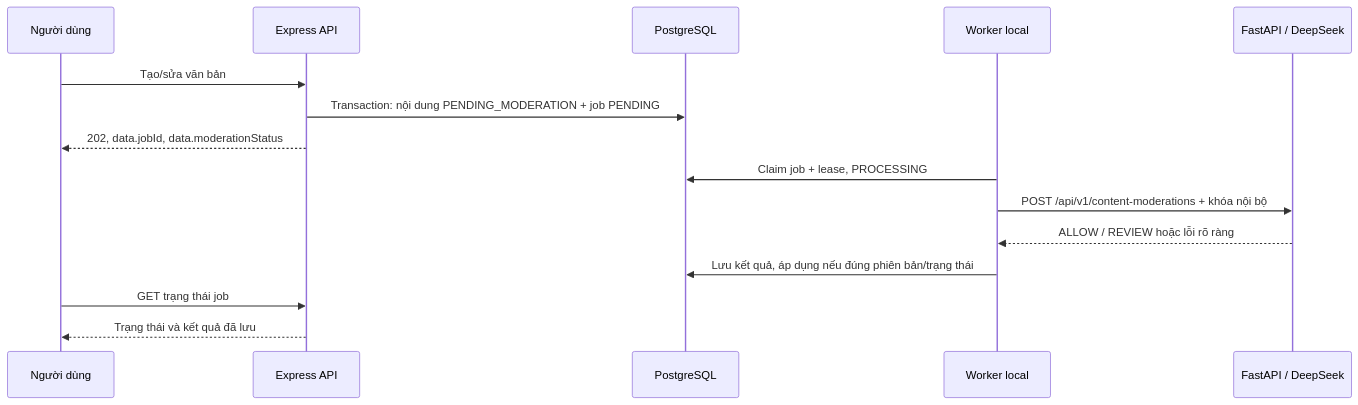
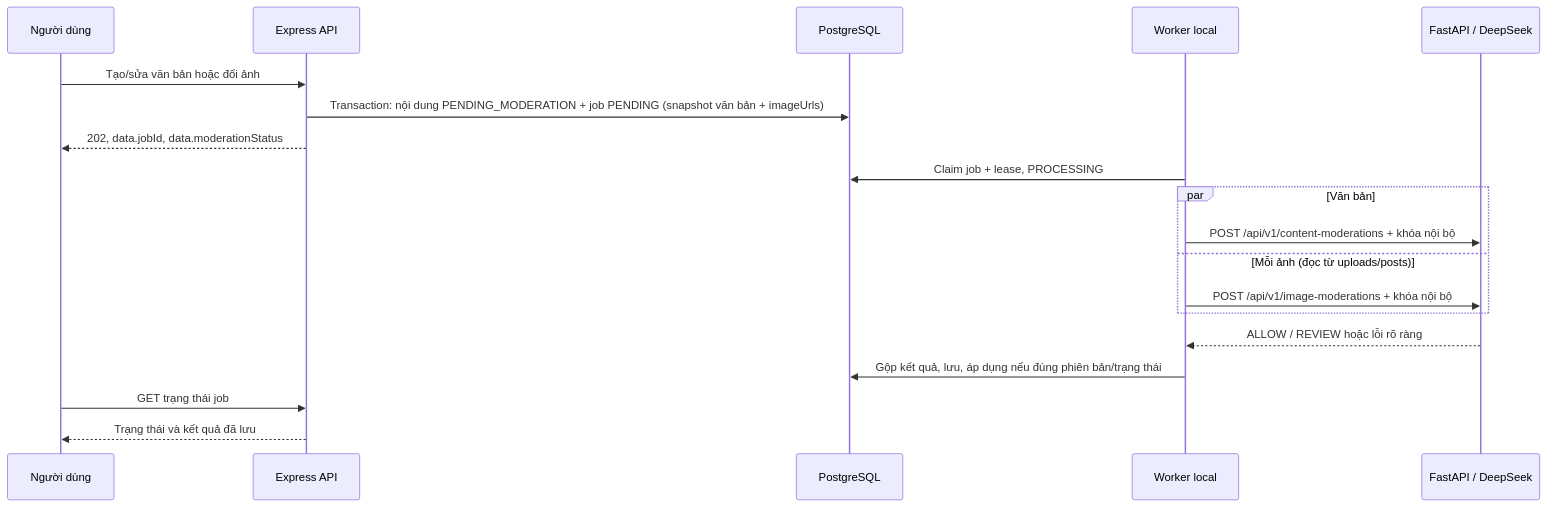
The diagram in docs/CONTENT_MODERATION.md (minHow14/SWP391), drawn with Mermaid before and after one commit. The commit also changed other lines of this file and 5 other files, not shown here.

Commit message:
docs: document image moderation, media link rules and frontend follow-ups

````diff
--- a/docs/CONTENT_MODERATION.md
+++ b/docs/CONTENT_MODERATION.md
@@ -44,17 +70,21 @@
 ```mermaid
 sequenceDiagram
     participant U as Người dùng
     participant BE as Express API
     participant DB as PostgreSQL
     participant W as Worker local
     participant AI as FastAPI / DeepSeek
-    U->>BE: Tạo/sửa văn bản
-    BE->>DB: Transaction: nội dung PENDING_MODERATION + job PENDING
+    U->>BE: Tạo/sửa văn bản hoặc đổi ảnh
+    BE->>DB: Transaction: nội dung PENDING_MODERATION + job PENDING (snapshot văn bản + imageUrls)
     BE-->>U: 202, data.jobId, data.moderationStatus
     W->>DB: Claim job + lease, PROCESSING
-    W->>AI: POST /api/v1/content-moderations + khóa nội bộ
+    par Văn bản
+        W->>AI: POST /api/v1/content-moderations + khóa nội bộ
+    and Mỗi ảnh (đọc từ uploads/posts)
+        W->>AI: POST /api/v1/image-moderations + khóa nội bộ
+    end
     AI-->>W: ALLOW / REVIEW hoặc lỗi rõ ràng
-    W->>DB: Lưu kết quả, áp dụng nếu đúng phiên bản/trạng thái
+    W->>DB: Gộp kết quả, lưu, áp dụng nếu đúng phiên bản/trạng thái
     U->>BE: GET trạng thái job
     BE-->>U: Trạng thái và kết quả đã lưu
 ```
````
